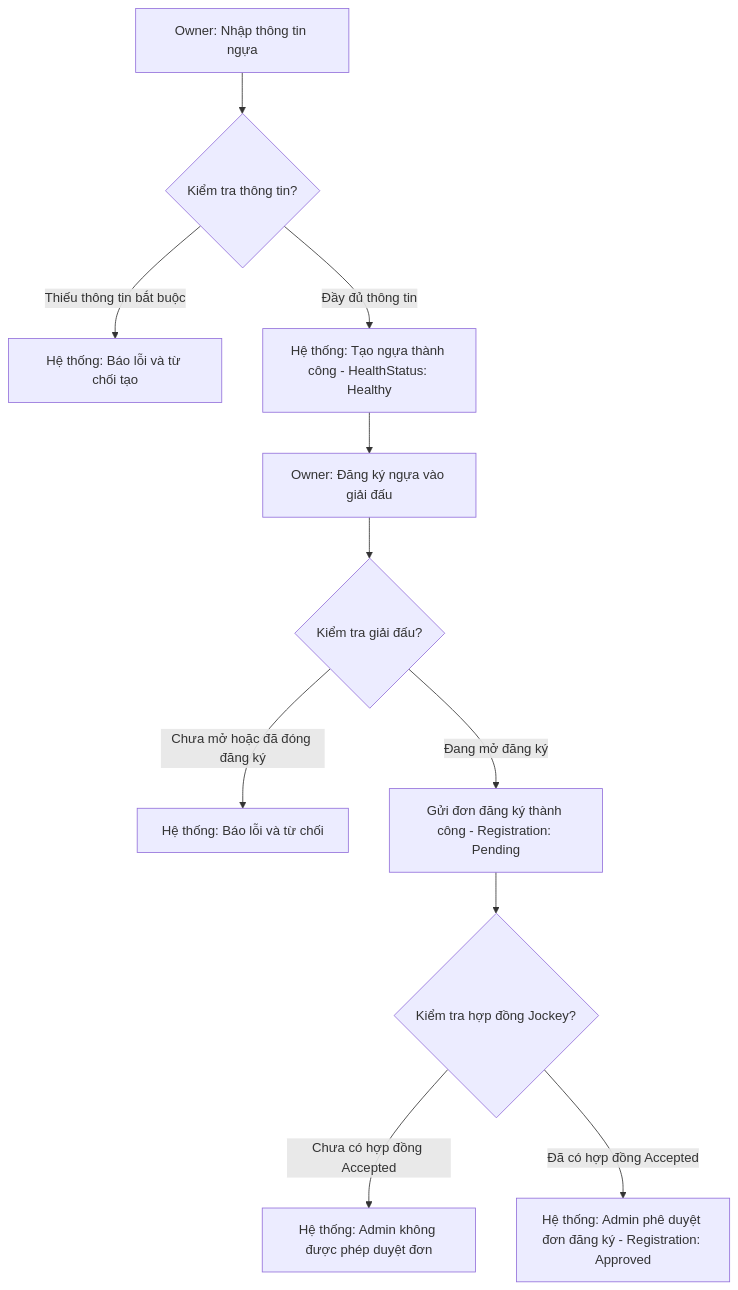
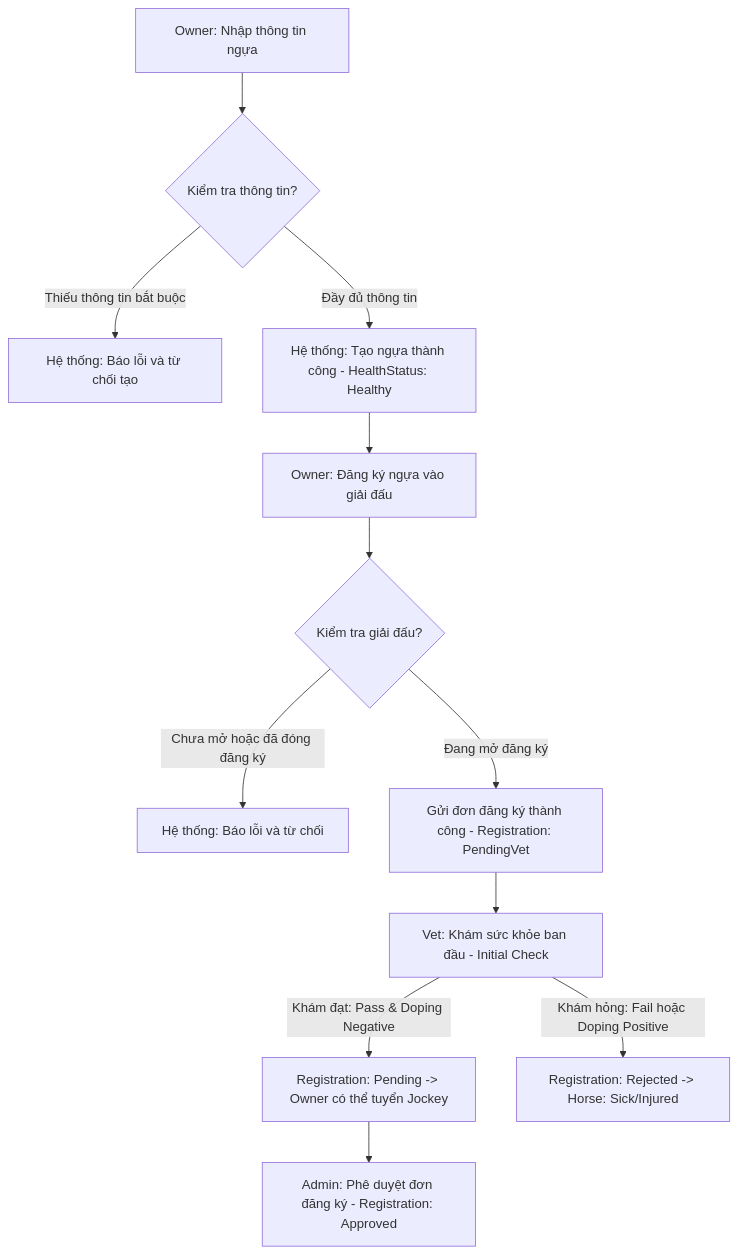
The diagram in .antigravity/scripts/01-subflow-horse-registration.md (dacmyan/HorseRacingManagementSystem), drawn with Mermaid before and after one commit. The commit also changed other lines of this file and 10 other files, not shown here.

````diff
--- a/.antigravity/scripts/01-subflow-horse-registration.md
+++ b/.antigravity/scripts/01-subflow-horse-registration.md
@@ -9,15 +9,17 @@
 ```mermaid
 graph TD
     A[Owner: Nhập thông tin ngựa] --> B{Kiểm tra thông tin?}
     B -->|Thiếu thông tin bắt buộc| C[Hệ thống: Báo lỗi và từ chối tạo]
     B -->|Đầy đủ thông tin| D[Hệ thống: Tạo ngựa thành công - HealthStatus: Healthy]
     
     D --> E[Owner: Đăng ký ngựa vào giải đấu]
     E --> F{Kiểm tra giải đấu?}
     F -->|Chưa mở hoặc đã đóng đăng ký| G[Hệ thống: Báo lỗi và từ chối]
-    F -->|Đang mở đăng ký| H[Gửi đơn đăng ký thành công - Registration: Pending]
+    F -->|Đang mở đăng ký| H[Gửi đơn đăng ký thành công - Registration: PendingVet]
     
-    H --> I{Kiểm tra hợp đồng Jockey?}
-    I -->|Chưa có hợp đồng Accepted| J[Hệ thống: Admin không được phép duyệt đơn]
-    I -->|Đã có hợp đồng Accepted| K[Hệ thống: Admin phê duyệt đơn đăng ký - Registration: Approved]
+    H --> I[Vet: Khám sức khỏe ban đầu - Initial Check]
+    I -->|Khám đạt: Pass & Doping Negative| J[Registration: Pending -> Owner có thể tuyển Jockey]
+    I -->|Khám hỏng: Fail hoặc Doping Positive| K[Registration: Rejected -> Horse: Sick/Injured]
+    
+    J --> L[Admin: Phê duyệt đơn đăng ký - Registration: Approved]
 ```
````
